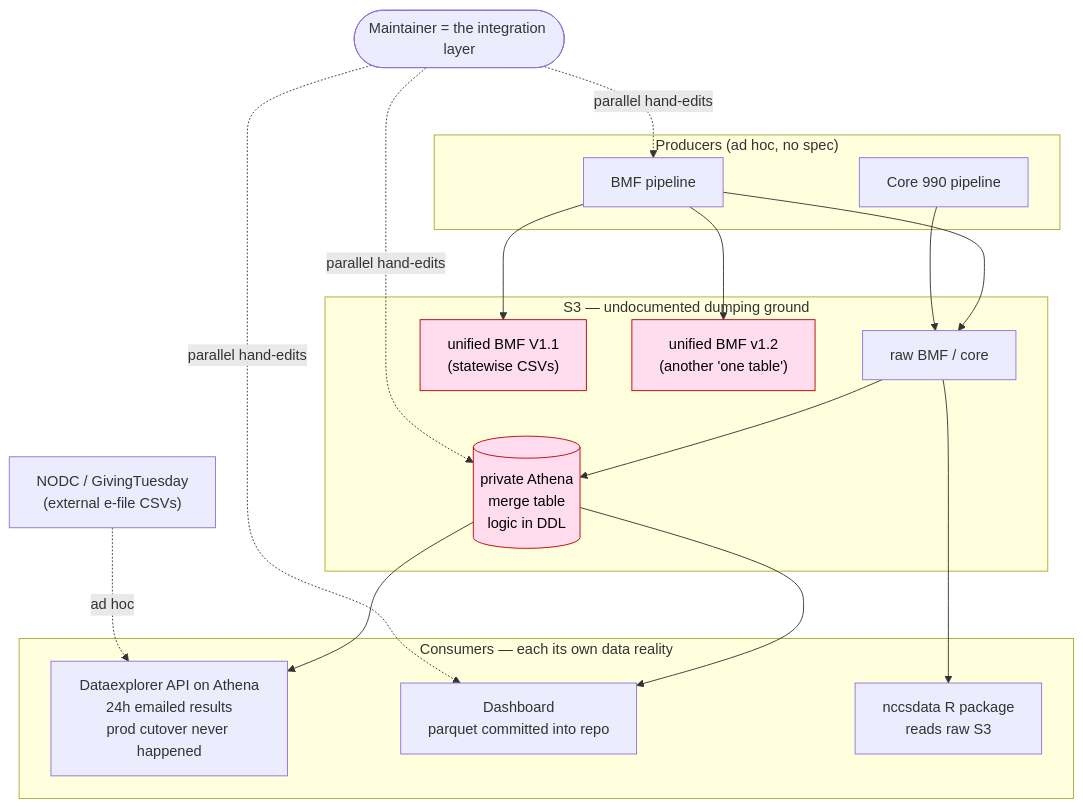
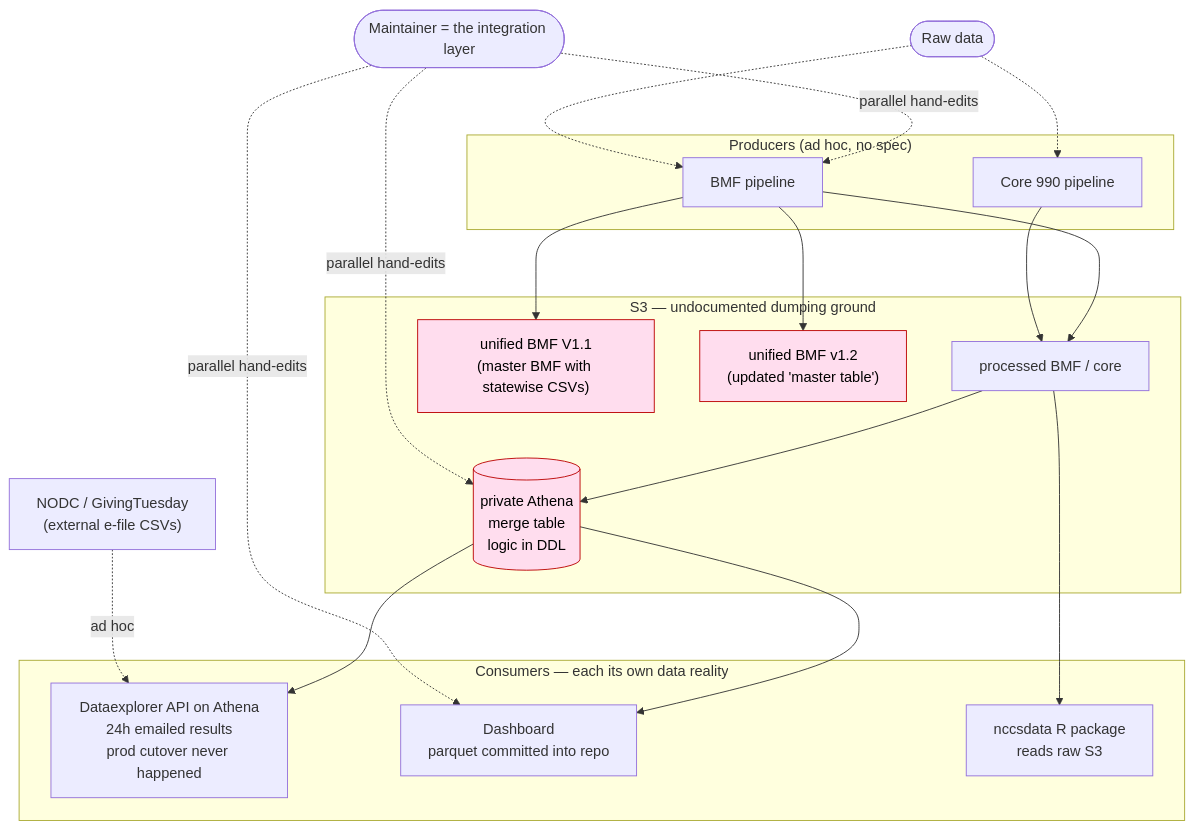
The first of 3 diagrams in docs/agentic-systems-design.md (UrbanInstitute/nccs-contracts), drawn with Mermaid before and after one commit.

Commit message:
Update agentic-systems-design.md (#11)

````diff
--- a/docs/agentic-systems-design.md
+++ b/docs/agentic-systems-design.md
@@ -30,33 +30,34 @@
 ```mermaid
 flowchart TB
     subgraph PROD["Producers (ad hoc, no spec)"]
         bmf["BMF pipeline"]
         core["Core 990 pipeline"]
     end
 
     subgraph S3OLD["S3 — undocumented dumping ground"]
-        raw["raw BMF / core"]
-        u11["unified BMF V1.1<br/>(statewise CSVs)"]
-        u12["unified BMF v1.2<br/>(another 'one table')"]
+        raw["processed BMF / core"]
+        u11["unified BMF V1.1<br/>(master BMF with statewise CSVs)"]
+        u12["unified BMF v1.2<br/>(updated 'master table')"]
         merge[("private Athena<br/>merge table<br/>logic in DDL")]
     end
 
     nodc["NODC / GivingTuesday<br/>(external e-file CSVs)"]
 
     subgraph CONS["Consumers — each its own data reality"]
         api["Dataexplorer API on Athena<br/>24h emailed results<br/>prod cutover never happened"]
         dash["Dashboard<br/>parquet committed into repo"]
         rpkg["nccsdata R package<br/>reads raw S3"]
     end
 
     bmf --> raw & u11 & u12
     core --> raw
     raw --> merge
     merge --> api & dash
     raw --> rpkg
     nodc -. ad hoc .-> api
     human(["Maintainer = the integration layer"]) -. parallel hand-edits .-> bmf & merge & dash
+    data(["Raw data"]) -.-> bmf & core
 
     classDef pain fill:#fde,stroke:#b00,color:#000;
     class u11,u12,merge pain;
 ```
````
